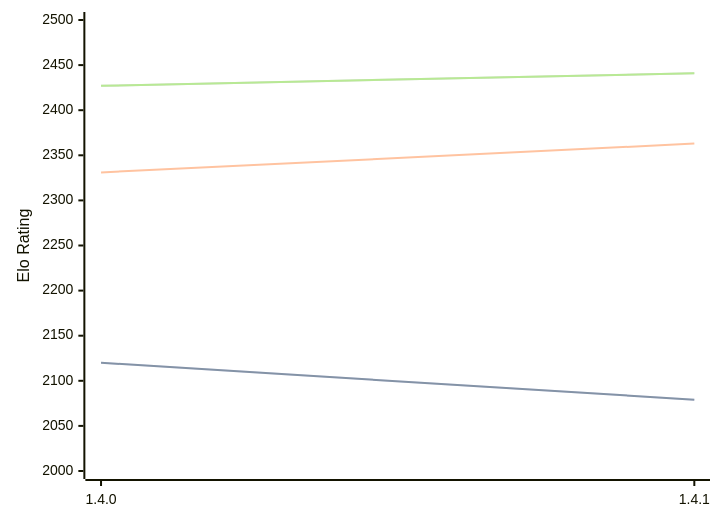
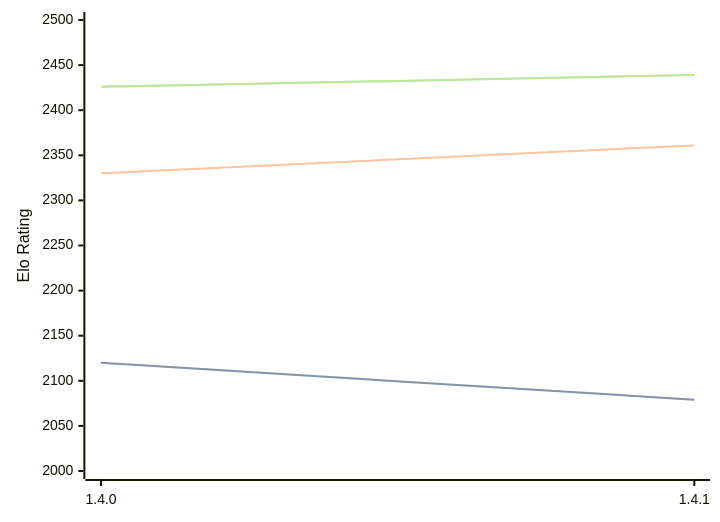
Before and after one commit to computer-chess-index/cci: the diagram in engines/Tofiks.md, drawn with Mermaid. The commit also changed other lines of this file, not shown here.

Commit message:
Update CCI Ratings (ELO VLTC) - 2026-04-23

````diff
--- a/engines/Tofiks.md
+++ b/engines/Tofiks.md
@@ -36,11 +36,11 @@
 ```mermaid
 %%{init: {"theme":"base","themeVariables":{"seriesColors:['#a3a3a3','#222221','#faa371']}}}%%
 xychart-beta
   x-axis ["1.4.0", "1.4.1"]
   y-axis "Elo Rating" 2000 --> 2500
   line "STC (8.0+0.08s)" [2120, 2079]
   line "STC (8.0+0.08s)" [2120, 2079]
-  line "LTC (60.0+0.60s)" [2331, 2363]
-  line "VLTC (2m24s+1.12s)" [2427, 2441]
-  line "VLTC (2m24s+1.12s)" [2427, 2441]
+  line "LTC (60.0+0.60s)" [2330, 2361]
+  line "VLTC (2m24s+1.12s)" [2426, 2439]
+  line "VLTC (2m24s+1.12s)" [2426, 2439]
 ```
````
